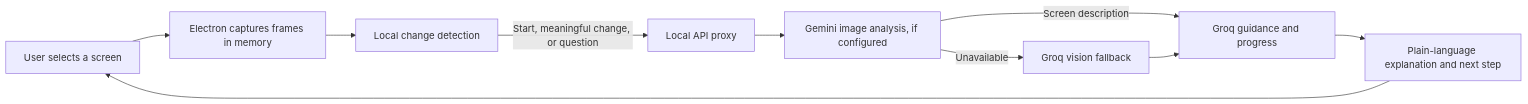
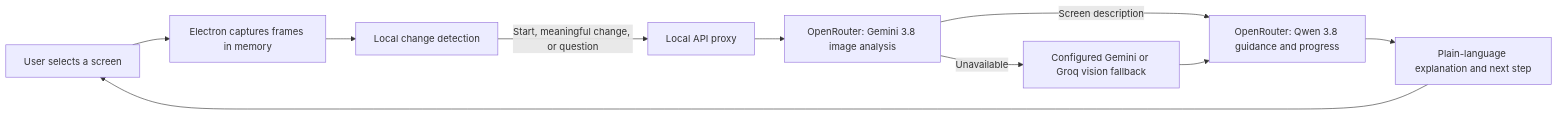
One commit to neeraj-kb/chin-la changed the diagram in README.md. Above: the diagram before and after it, drawn with Mermaid. The commit also changed other lines of this file and 5 other files, not shown here.

Commit message:
Add OpenRouter vision and chat support

````diff
--- a/README.md
+++ b/README.md
@@ -27,12 +27,12 @@
 ```mermaid
 flowchart LR
   U[User selects a screen] --> E[Electron captures frames in memory]
   E --> C[Local change detection]
   C -->|Start, meaningful change, or question| P[Local API proxy]
-  P --> G[Gemini image analysis, if configured]
-  G -->|Unavailable| V[Groq vision fallback]
-  G -->|Screen description| A[Groq guidance and progress]
+  P --> G[OpenRouter: Gemini 3.8 image analysis]
+  G -->|Unavailable| V[Configured Gemini or Groq vision fallback]
+  G -->|Screen description| A[OpenRouter: Qwen 3.8 guidance and progress]
   V --> A
   A --> R[Plain-language explanation and next step]
   R --> U
 ```
````
